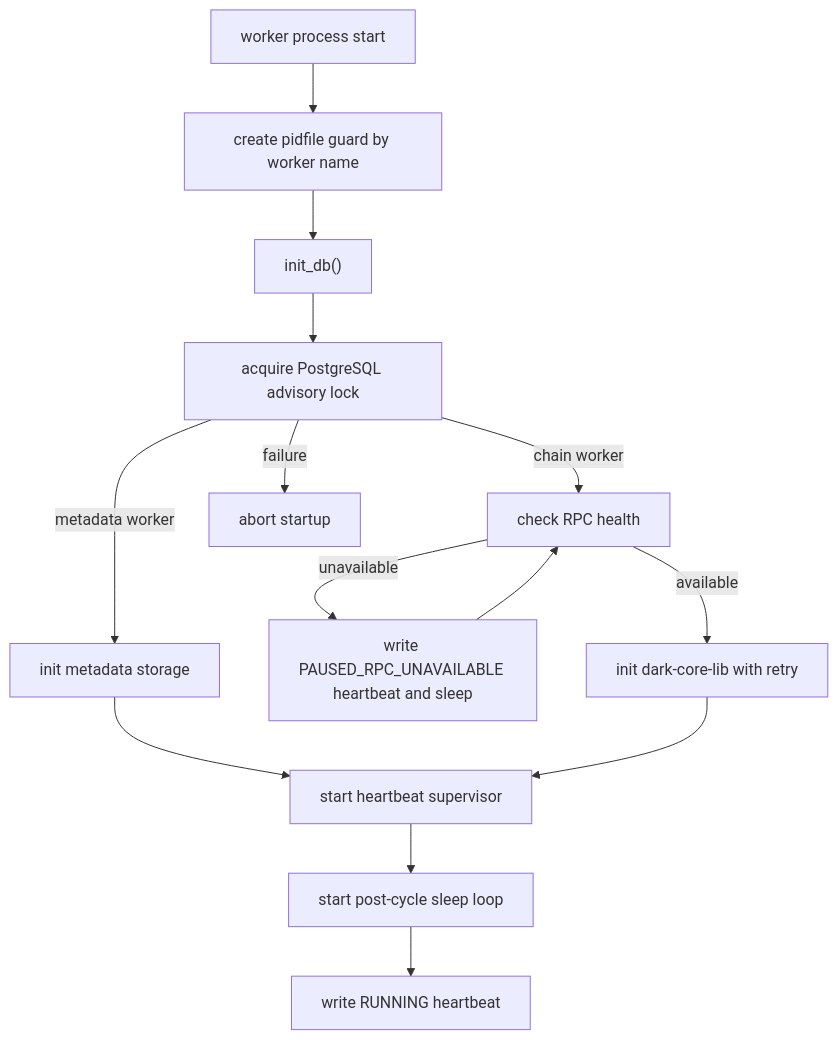
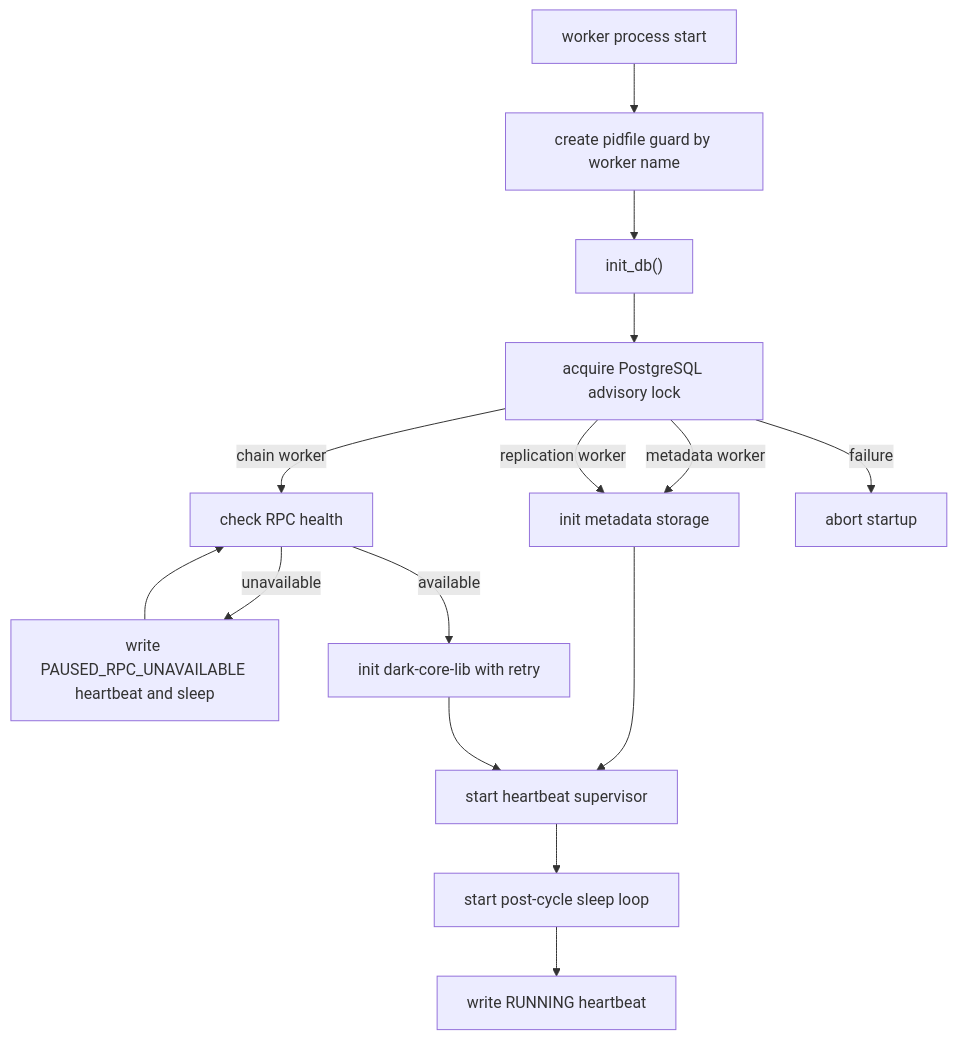
Before and after one commit to LA-Referencia-IOI/dark-core-minter-api: the third of 13 diagrams in minter-architecture.md, drawn with Mermaid. The commit also changed other lines of this file and 15 other files, not shown here.

Commit message:
feat: separate replication reconciliation worker

````diff
--- a/minter-architecture.md
+++ b/minter-architecture.md
@@ -120,16 +126,17 @@
 ```mermaid
 flowchart TD
     A["worker process start"] --> B["create pidfile guard by worker name"]
     B --> C["init_db()"]
     C --> D["acquire PostgreSQL advisory lock"]
     D -->|metadata worker| E["init metadata storage"]
+    D -->|replication worker| E
     D -->|chain worker| F["check RPC health"]
     F -->|unavailable| P["write PAUSED_RPC_UNAVAILABLE heartbeat and sleep"]
     P --> F
     F -->|available| Q["init dark-core-lib with retry"]
     E --> G["start heartbeat supervisor"]
     Q --> G
     G --> H["start post-cycle sleep loop"]
     H --> I["write RUNNING heartbeat"]
     D -->|failure| X["abort startup"]
 ```
````
